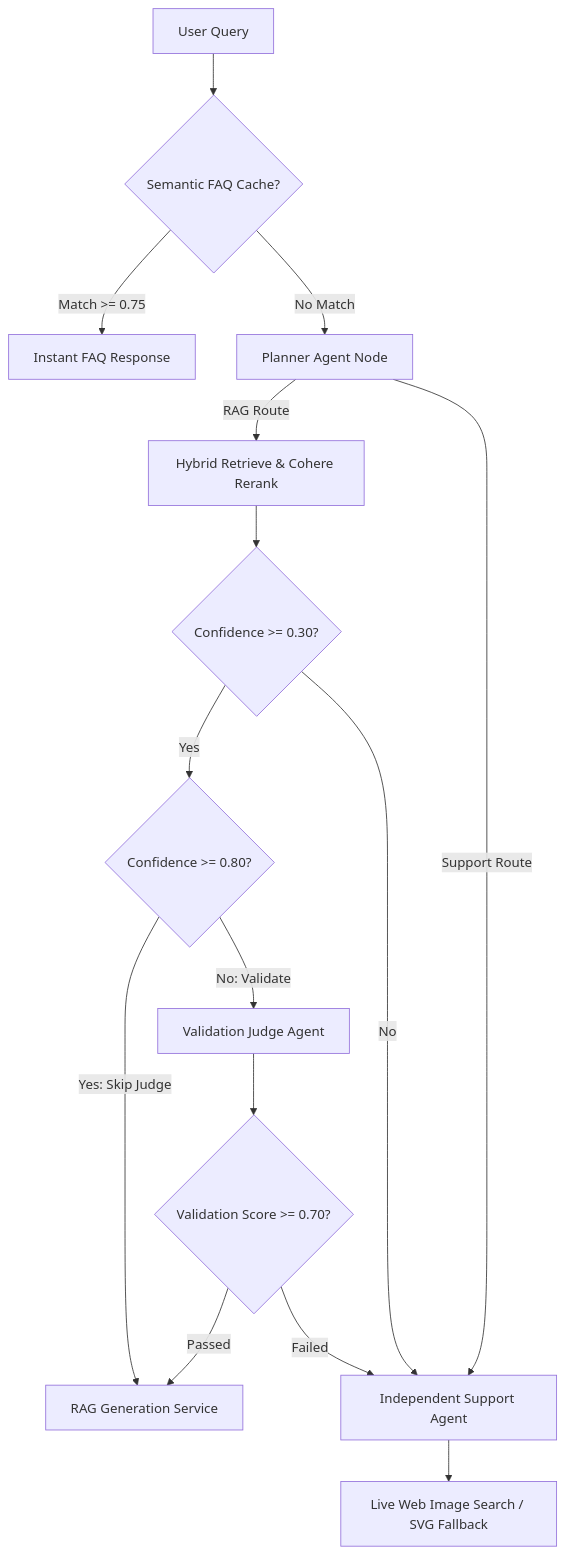
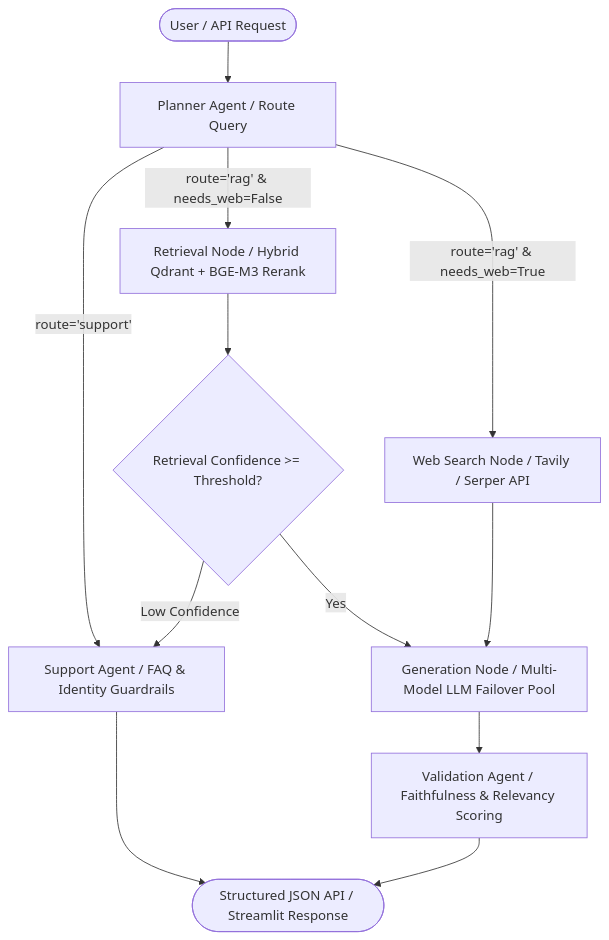
One commit to TanishaR2/backup_poc changed the first of 2 diagrams in docs/architecture_and_design.md. Above: the diagram before and after it, drawn with Mermaid. The commit also changed other lines of this file and 43 other files, not shown here.

First line of the commit message:
Refactor and enhance RAG pipeline and validation scripts

````diff
--- a/docs/architecture_and_design.md
+++ b/docs/architecture_and_design.md
@@ -70,22 +14,18 @@
 ```mermaid
-graph TD
-    UserQuery[User Query] --> FAQ{Semantic FAQ Cache?}
-    FAQ -->|Match >= 0.75| InstantAnswer[Instant FAQ Response]
-    FAQ -->|No Match| Planner[Planner Agent Node]
-    
-    Planner -->|RAG Route| Retrieval[Hybrid Retrieve & Cohere Rerank]
-    Planner -->|Support Route| Support[Independent Support Agent]
-    
-    Retrieval --> ConfCheck{Confidence >= 0.30?}
-    ConfCheck -->|Yes| SkipVal{Confidence >= 0.80?}
-    ConfCheck -->|No| Support
-    
-    SkipVal -->|Yes: Skip Judge| Generation[RAG Generation Service]
-    SkipVal -->|No: Validate| Validation[Validation Judge Agent]
-    
-    Validation --> ValCheck{Validation Score >= 0.70?}
-    ValCheck -->|Passed| Generation
-    ValCheck -->|Failed| Support
-    
-    Support --> WebImage[Live Web Image Search / SVG Fallback]
+flowchart TD
+    User([User / API Request]) --> Planner[Planner Agent / Route Query]
+
+    Planner -- route='support' --> Support[Support Agent / FAQ & Identity Guardrails]
+    Planner -- route='rag' & needs_web=False --> Retrieval[Retrieval Node / Hybrid Qdrant + BGE-M3 Rerank]
+    Planner -- route='rag' & needs_web=True --> WebSearch[Web Search Node / Tavily / Serper API]
+
+    Retrieval --> RouteConfidence{Retrieval Confidence >= Threshold?}
+    RouteConfidence -- Yes --> Generator[Generation Node / Multi-Model LLM Failover Pool]
+    RouteConfidence -- Low Confidence --> Support
+
+    WebSearch --> Generator
+    Generator --> Validator[Validation Agent / Faithfulness & Relevancy Scoring]
+
+    Support --> Response([Structured JSON API / Streamlit Response])
+    Validator --> Response
 ```
````
